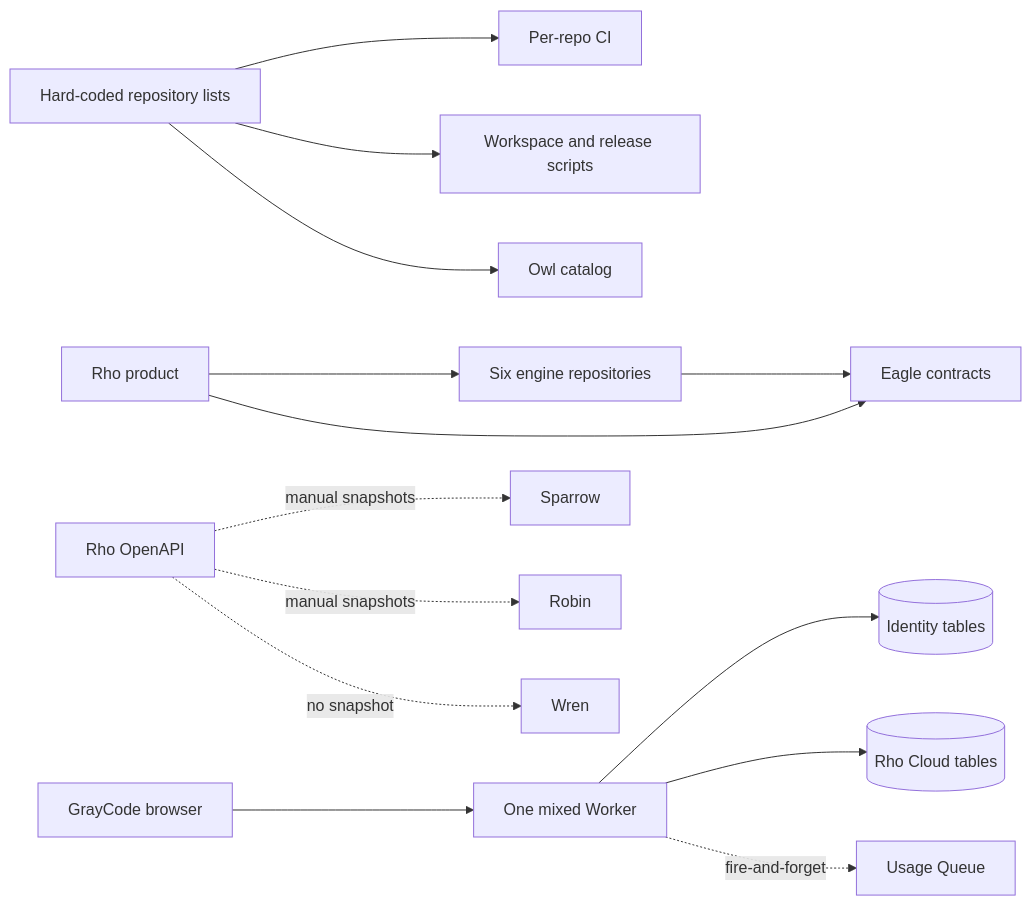
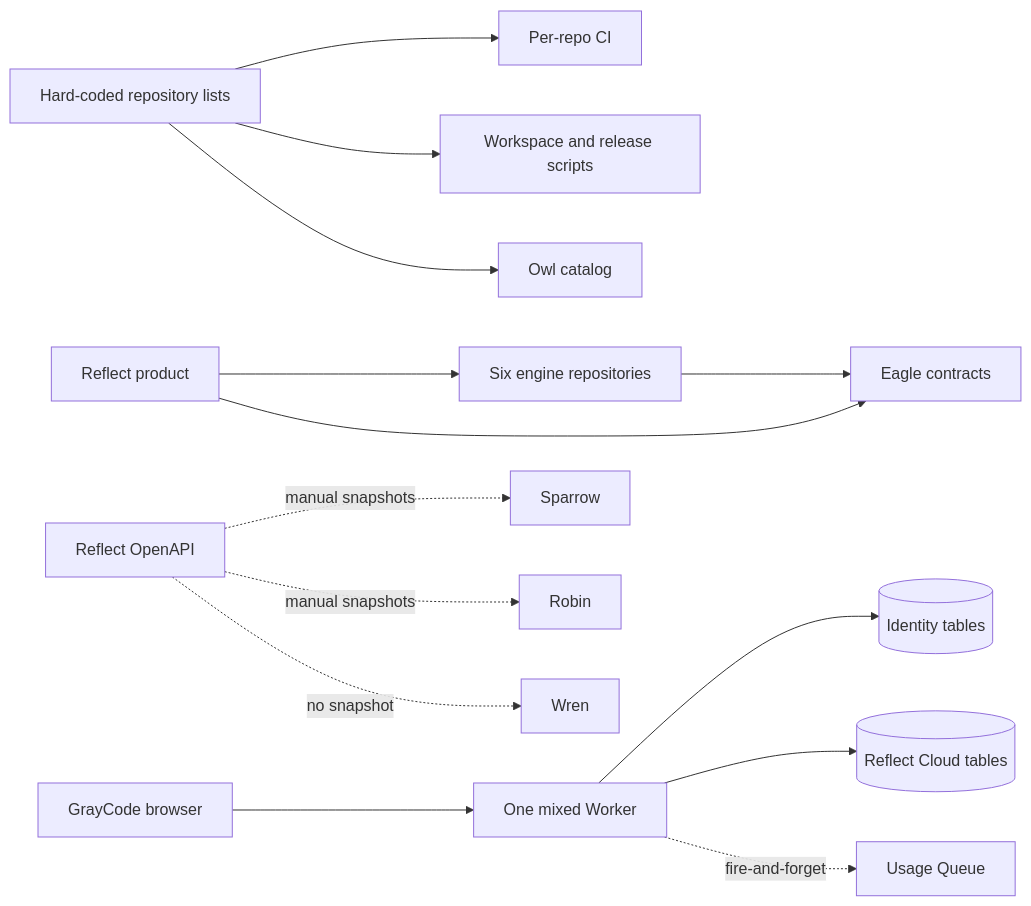
One commit to GrayCodeAI/reflect changed the first of 2 diagrams in docs/ECOSYSTEM-WIRING.md. Above: the diagram before and after it, drawn with Mermaid. The commit also changed other lines of this file and 1427 other files, not shown here.

````diff
--- a/docs/ECOSYSTEM-WIRING.md
+++ b/docs/ECOSYSTEM-WIRING.md
@@ -15,19 +15,19 @@
 ```mermaid
 flowchart LR
   Lists[Hard-coded repository lists] --> CI[Per-repo CI]
   Lists --> Scripts[Workspace and release scripts]
   Lists --> Owl[Owl catalog]
 
-  Rho[Rho product] --> Engines[Six engine repositories]
+  Reflect[Reflect product] --> Engines[Six engine repositories]
   Engines --> Eagle[Eagle contracts]
-  Rho --> Eagle
+  Reflect --> Eagle
 
-  RhoSpec[Rho OpenAPI] -. manual snapshots .-> Sparrow
-  RhoSpec -. manual snapshots .-> Robin
-  RhoSpec -. no snapshot .-> Wren
+  ReflectSpec[Reflect OpenAPI] -. manual snapshots .-> Sparrow
+  ReflectSpec -. manual snapshots .-> Robin
+  ReflectSpec -. no snapshot .-> Wren
 
   Browser[GrayCode browser] --> Mixed[One mixed Worker]
   Mixed --> Identity[(Identity tables)]
-  Mixed --> Cloud[(Rho Cloud tables)]
+  Mixed --> Cloud[(Reflect Cloud tables)]
   Mixed -. fire-and-forget .-> Queue[Usage Queue]
 ```
````
